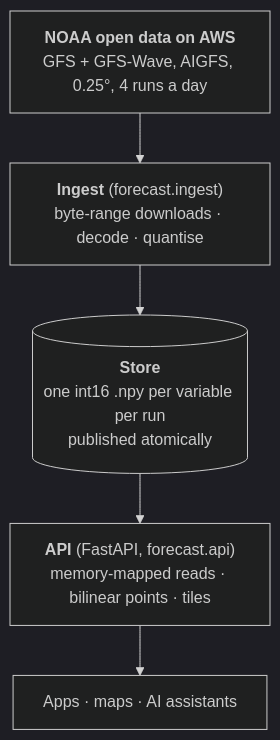
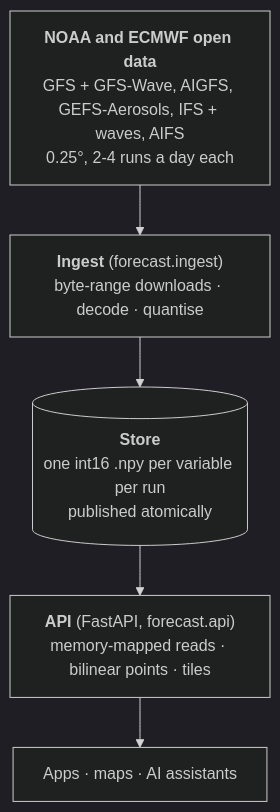
One commit to similie/4Shadow-api changed the diagram in README.md. Above: the diagram before and after it, drawn with Mermaid (dark theme). The commit also changed other lines of this file and 16 other files, not shown here.

Commit message:
ECMWF IFS and AIFS, and air quality from GEFS-Aerosols (#8)

````diff
--- a/README.md
+++ b/README.md
@@ -123,9 +124,9 @@
 ```mermaid
 flowchart TB
-  noaa["<b>NOAA open data on AWS</b><br/>GFS + GFS-Wave, AIGFS, 0.25°, 4 runs a day"]
+  noaa["<b>NOAA and ECMWF open data</b><br/>GFS + GFS-Wave, AIGFS, GEFS-Aerosols, IFS + waves, AIFS<br/>0.25°, 2-4 runs a day each"]
   ingest["<b>Ingest</b> (forecast.ingest)<br/>byte-range downloads · decode · quantise"]
   store[("<b>Store</b><br/>one int16 .npy per variable per run<br/>published atomically")]
   api["<b>API</b> (FastAPI, forecast.api)<br/>memory-mapped reads · bilinear points · tiles"]
   clients["Apps · maps · AI assistants"]
   noaa --> ingest --> store --> api --> clients
 ```
````
